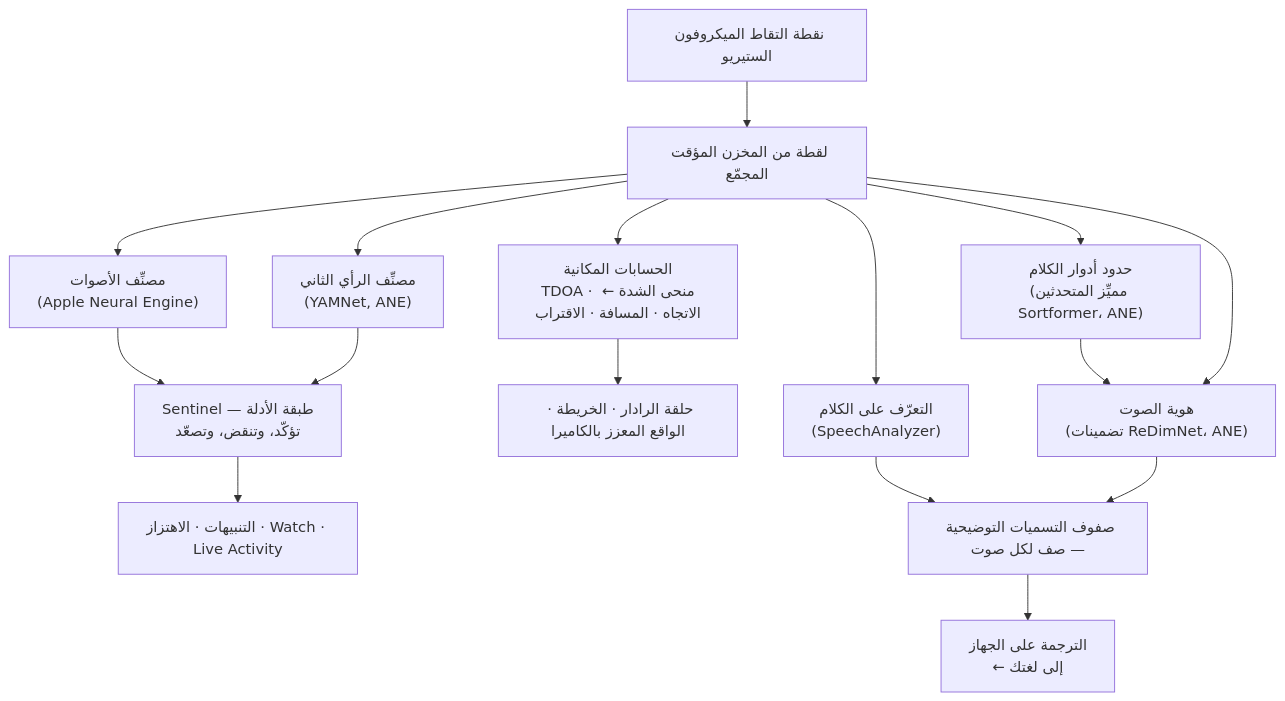
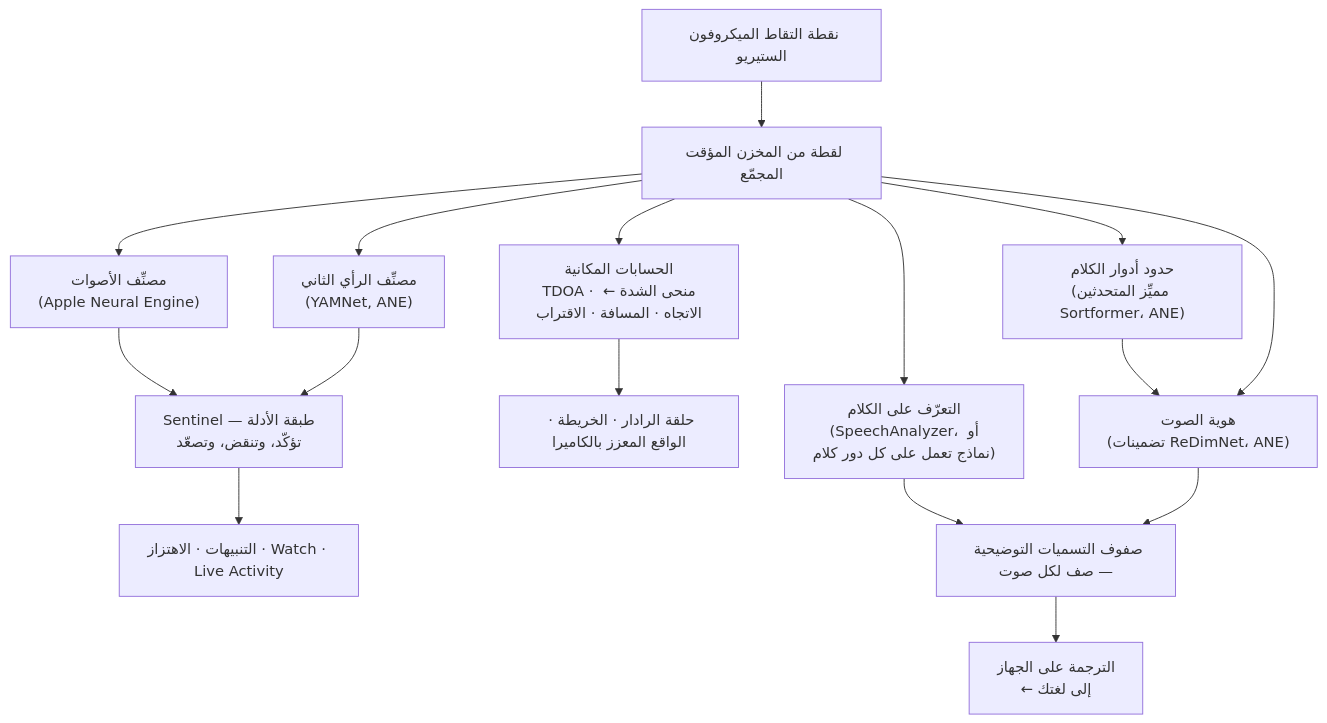
One commit to rpalm01-star/VigilantEarLegal changed the second of 4 diagrams in README_ar.md. Above: the diagram before and after it, drawn with Mermaid. The commit also changed other lines of this file and 14 other files, not shown here.

````diff
--- a/README_ar.md
+++ b/README_ar.md
@@ -134,18 +145,18 @@
 ```mermaid
 graph TD
     A["نقطة التقاط الميكروفون الستيريو"] --> B["لقطة من المخزن المؤقت المجمّع"]
     B --> C["مصنِّف الأصوات<br/>(Apple Neural Engine)"]
     B --> Y["مصنِّف الرأي الثاني<br/>(YAMNet, ANE)"]
     C --> S["Sentinel — طبقة الأدلة<br/>تؤكّد، وتنقض، وتصعّد"]
     Y --> S
     S --> H["التنبيهات · الاهتزاز · Watch · Live Activity"]
     B --> D["الحسابات المكانية<br/>TDOA · منحى الشدة ← الاتجاه · المسافة · الاقتراب"]
     D --> R["حلقة الرادار · الخريطة · الواقع المعزز بالكاميرا"]
-    B --> F["التعرّف على الكلام<br/>(SpeechAnalyzer)"]
+    B --> F["التعرّف على الكلام<br/>(SpeechAnalyzer، أو نماذج تعمل على كل دور كلام)"]
     B --> N["حدود أدوار الكلام<br/>(مميِّز المتحدثين Sortformer، ANE)"]
     N --> E["هوية الصوت<br/>(تضمينات ReDimNet، ANE)"]
     B --> E
     F --> G["صفوف التسميات التوضيحية — صف لكل صوت"]
     E --> G
     G --> T["الترجمة على الجهاز<br/>← إلى لغتك"]
 ```
````
